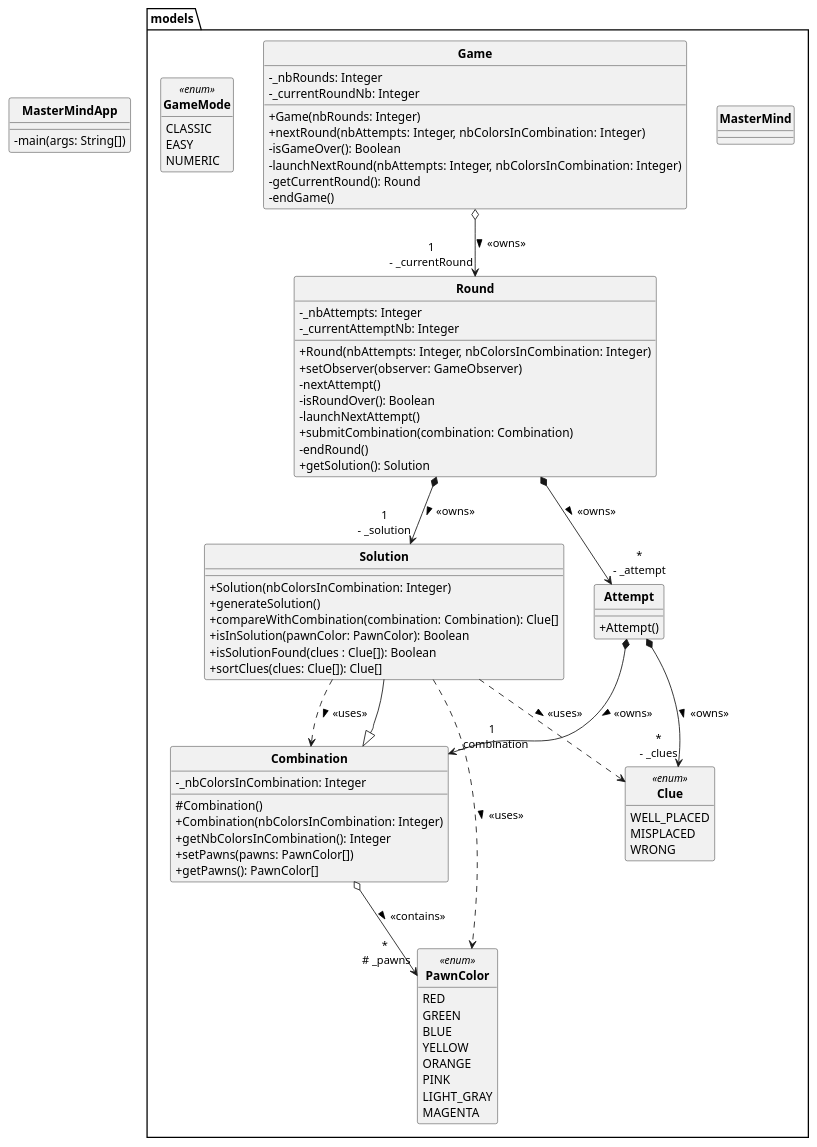
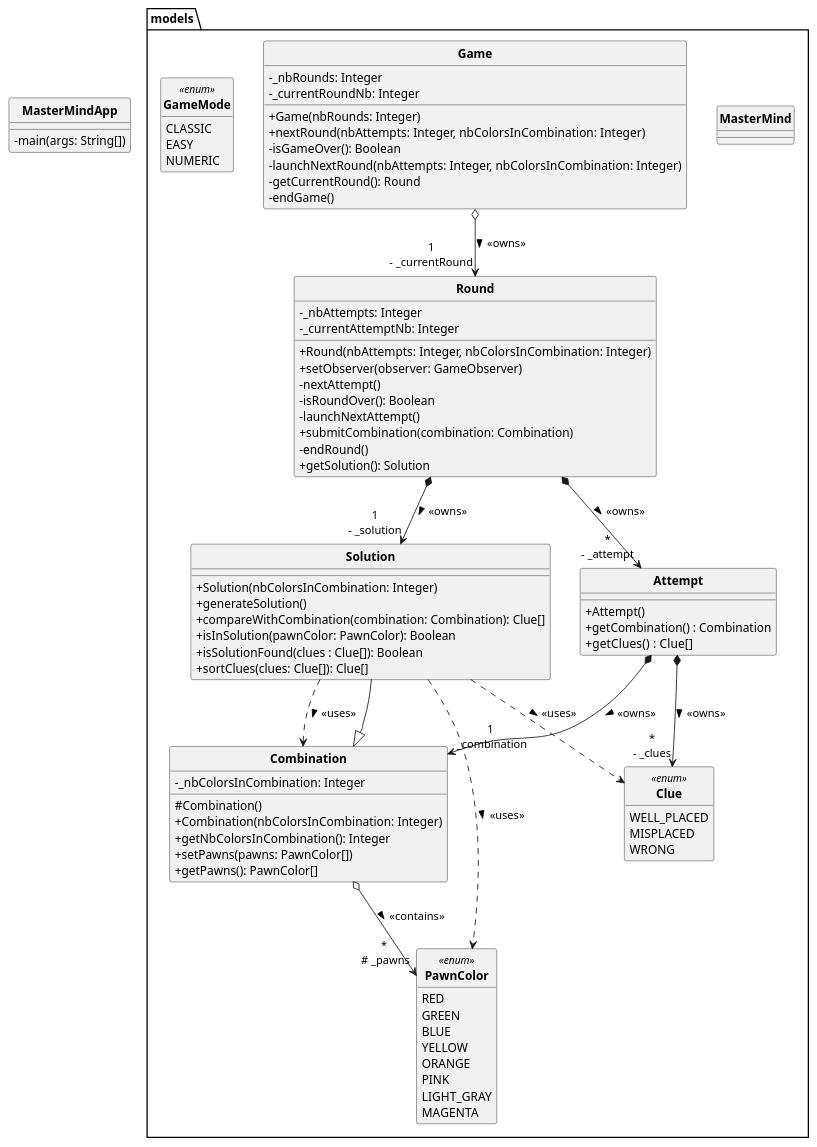
One commit to Robin3711/mastermind changed the diagram in diags/masterMindFirstDiag.puml. Above: the diagram before and after it, drawn with PlantUML. The commit also changed 4 other files, not shown here.

```diff
--- a/diags/masterMindFirstDiag.puml
+++ b/diags/masterMindFirstDiag.puml
@@ -1,176 +1,178 @@
 @startuml
 
 skinparam style strictuml
 skinparam classAttributeIconSize 0
 skinparam classFontStyle Bold
 hide enum methods
 hide interface attributes
 
 class MasterMindApp {
     - main(args: String[])
 }
 
 package models {
     class MasterMind {}
     class Game {
         - _nbRounds: Integer
         - _currentRoundNb: Integer
         + Game(nbRounds: Integer)
         '+ updateWinRound()
         '+ updateLoseRound()
         '+ updateForfeitRound()
         + nextRound(nbAttempts: Integer, nbColorsInCombination: Integer)
         - isGameOver(): Boolean
         - launchNextRound(nbAttempts: Integer, nbColorsInCombination: Integer)
         - getCurrentRound(): Round
         - endGame()
     }
     class Round {
         - _nbAttempts: Integer
         - _currentAttemptNb: Integer
         + Round(nbAttempts: Integer, nbColorsInCombination: Integer)
         + setObserver(observer: GameObserver)
         '- notifyWinRound()
         '- notifyLoseRound(score: Integer)
         '- notifyForfeitRound()
         - nextAttempt()
         - isRoundOver(): Boolean
         - launchNextAttempt()
         + submitCombination(combination: Combination)
         '- winRound()
         '- loseRound()
         '- forfeitRound()
         - endRound()
         + getSolution(): Solution
     }
     class Combination {
         - _nbColorsInCombination: Integer
         # Combination()
         + Combination(nbColorsInCombination: Integer)
         + getNbColorsInCombination(): Integer
         + setPawns(pawns: PawnColor[])
         + getPawns(): PawnColor[]
     }
     class Solution extends Combination {
         + Solution(nbColorsInCombination: Integer)
         + generateSolution()
         + compareWithCombination(combination: Combination): Clue[]
         + isInSolution(pawnColor: PawnColor): Boolean
         + isSolutionFound(clues : Clue[]): Boolean
         + sortClues(clues: Clue[]): Clue[]
     }
     class Attempt
     {
         + Attempt()
+        + getCombination() : Combination
+        + getClues() :  Clue[]
     }
     /'
     class GenerateCluesFactory {
         + createClassic(): GenerateCluesStrategy
         + createEasy(): GenerateCluesStrategy
     }
     class GenerateCluesClassic extends GenerateCluesTemplate implements GenerateCluesStrategy {
         + CluesClassic()
         + generateAdaptedClues(combinationSubmitted: Combination): Clue[]
     }
     class GenerateCluesEasy extends GenerateCluesTemplate implements GenerateCluesStrategy {
         + CluesEasy()
         + generateAdaptesClues(combinationSubmitted: Combination): Clue[]
     }
     class GenerateCluesTemplate {
         + generateClues(combinationSubmitted: Combination): Clue[]
     }
 
     interface GenerateCluesStrategy <<interface>> {
         + generateAdaptedClues(combinationSubmitted: Combination): Clue[]
     }
     '/
 
     /'
     interface RoundObserver <<interface>> {
         + updateWinRound()
         + updateLoseRound(score: Integer)
         + updateForfeitRound()
     }
     '/
 
     enum PawnColor <<enum>> {
         RED
         GREEN
         BLUE
         YELLOW
         ORANGE
         PINK
         LIGHT_GRAY
         MAGENTA
     }
     enum GameMode <<enum>> {
         CLASSIC
         EASY
         NUMERIC
     }
     enum Clue <<enum>> {
         WELL_PLACED
         MISPLACED
         WRONG
     }
 }
 
 'Relations
 
 'Models
 
 'Game
 Game o--> "1\n- _currentRound" Round : > <<owns>>
 
 'Round
 Round *--> "1\n- _solution" Solution : > <<owns>>
 'Relation avec observer dans la partie GameObserver
 Round *--> "*\n- _attempt" Attempt : > <<owns>>
 
 'Combination
 Combination o--> "*\n # _pawns" PawnColor : > <<contains>>
 
 'Solution
 Solution ..> PawnColor : > <<uses>>
 Solution ..> Clue : > <<uses>>
 Solution ..> Combination : > <<uses>>
 
 Attempt *--> "*\n- _clues" Clue : > <<owns>>
 Attempt *--> "1\n _combination" Combination : > <<owns>>
 
 'RoundObserver
 'RoundObserver <--o "*\n- _roundObserver" Round : > <<observes>>
 
 /'
 'GenerateCluesFactory
 GenerateCluesFactory ..> GenerateCluesClassic : > <<uses>>
 GenerateCluesFactory ..> GenerateCluesEasy : > <<uses>>
 GenerateCluesFactory ..> GenerateCluesStrategy : > <<uses>>
 
 'GenerateCluesClassic
 GenerateCluesClassic ..> Clue : > <<uses>>
 
 'GenerateCluesEasy
 GenerateCluesEasy ..> Clue : > <<uses>>
 
 'GenerateCluesStrategy
 GenerateCluesStrategy ..> Clue : > <<uses>>
 
 'GenerateCluesTemplate
 GenerateCluesTemplate ..> Clue : > <<uses>>
 '/
 
 'Gestion des stratégies dans la vue, mais génération des indices dans le modèle
 'C'est le modèle qui renvoit les indices à la vue (triés ou non)
 'Tous les Round d'une même instance de Game ont des attributs communs, donc stocker dans Game ?
 'Stocker toutes les tentatives de la partie
 'Stocker tous les indices obtenus
 'Stocker tous les Round de la partie
 'Dictionnaire de dictionnaires ?
 'Comment prévenir Game que Round est terminé ?
 'Classe Attempt
 
 'Finir modèles pour le mardi 5 inclus
 'Finir vues et controllers pour le dimanche 10 inclus (rendu 1)
 
 @enduml
```
